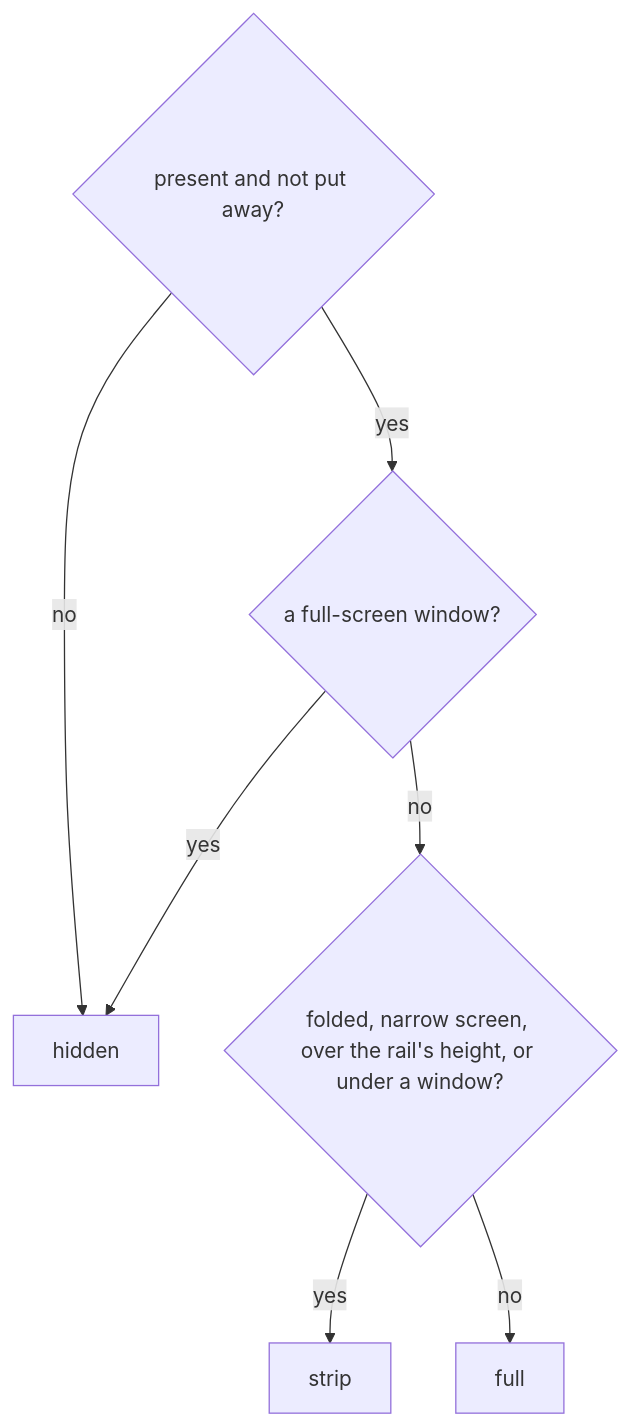
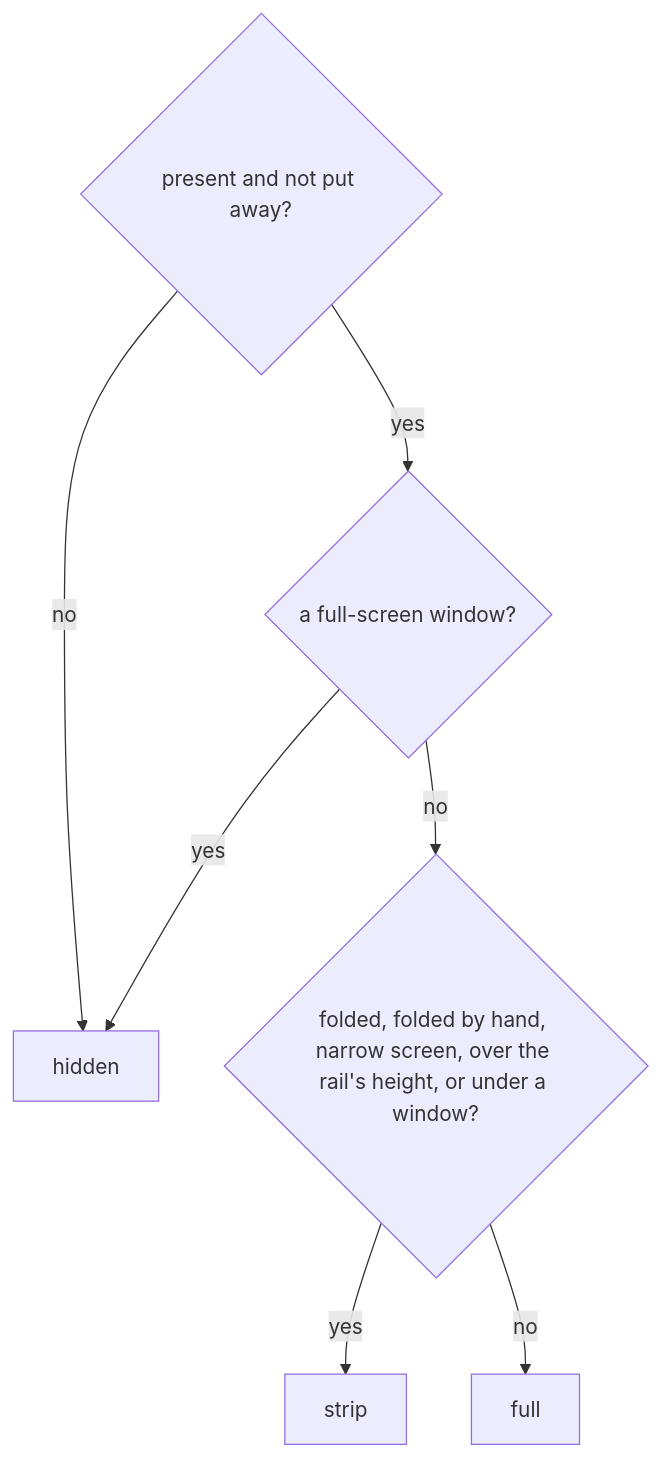
One commit to thedefaultman/Bombadil changed the third of 5 diagrams in docs/architecture/desk.md. Above: the diagram before and after it, drawn with Mermaid. The commit also changed other lines of this file and 31 other files, not shown here.

````diff
--- a/docs/architecture/desk.md
+++ b/docs/architecture/desk.md
@@ -161,9 +165,9 @@
 ```mermaid
 flowchart TB
     P{"present and not put away?"} -->|"no"| H["hidden"]
     P -->|"yes"| I{"a full-screen window?"}
     I -->|"yes"| H
-    I -->|"no"| S{"folded, narrow screen, over the rail's height, or under a window?"}
+    I -->|"no"| S{"folded, folded by hand, narrow screen, over the rail's height, or under a window?"}
     S -->|"yes"| T["strip"]
     S -->|"no"| F["full"]
 ```
````
